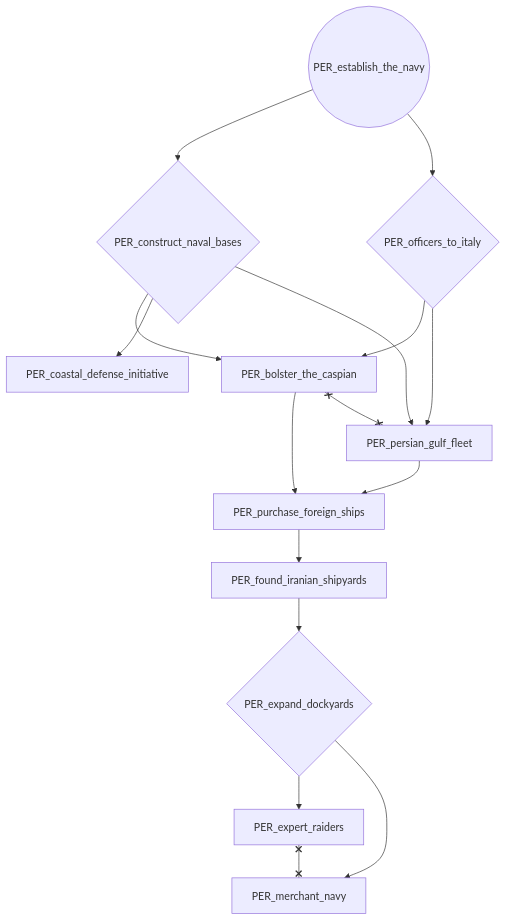
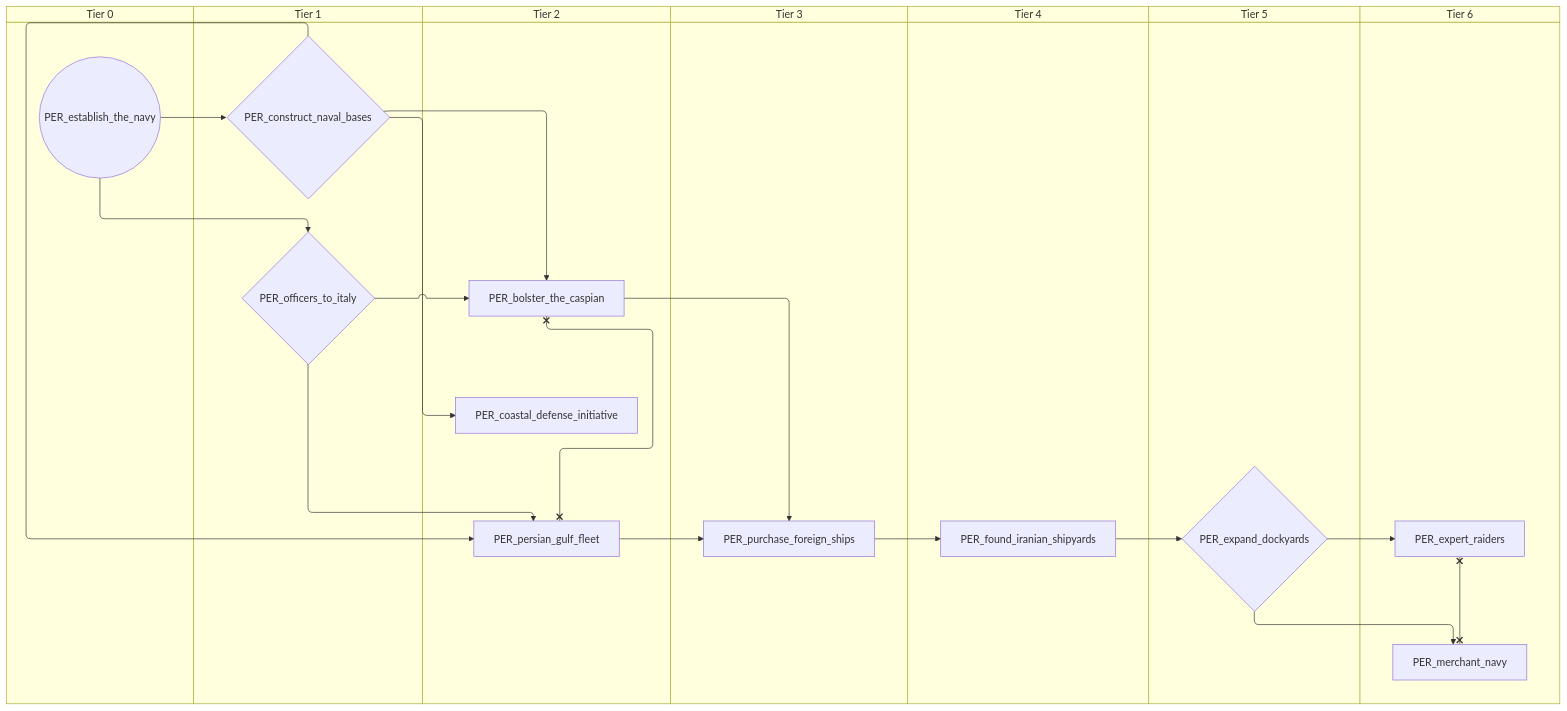
One commit to evgeny-sobol/hoi4-sandbox-mode-r56 changed the third of 9 diagrams in docs/gdd/National Focuses/r56/persia.md. Above: the diagram before and after it, drawn with Mermaid. The commit also changed other lines of this file and 423 other files, not shown here.

First line of the commit message:
Re-export Rt56 focus trees as swimlane diagrams

````diff
--- a/docs/gdd/National Focuses/r56/persia.md
+++ b/docs/gdd/National Focuses/r56/persia.md
@@ -93,29 +119,43 @@
 ```mermaid
-flowchart TD
-    n32["PER_bolster_the_caspian"]
-    n33["PER_coastal_defense_initiative"]
-    n34{"PER_construct_naval_bases"}
-    n35(("PER_establish_the_navy"))
-    n36{"PER_expand_dockyards"}
-    n37["PER_expert_raiders"]
-    n38["PER_found_iranian_shipyards"]
-    n39["PER_merchant_navy"]
-    n40{"PER_officers_to_italy"}
-    n41["PER_persian_gulf_fleet"]
-    n42["PER_purchase_foreign_ships"]
-    n34 --> n32
-    n40 --> n32
-    n34 --> n33
-    n35 --> n34
-    n38 --> n36
-    n36 --> n37
-    n42 --> n38
-    n36 --> n39
-    n35 --> n40
+swimlane-beta TD
+    subgraph tier_0["Tier 0"]
+        n32(("PER_establish_the_navy"))
+    end
+    subgraph tier_1["Tier 1"]
+        n33{"PER_construct_naval_bases"}
+        n34{"PER_officers_to_italy"}
+    end
+    subgraph tier_2["Tier 2"]
+        n35["PER_bolster_the_caspian"]
+        n36["PER_coastal_defense_initiative"]
+        n37["PER_persian_gulf_fleet"]
+    end
+    subgraph tier_3["Tier 3"]
+        n38["PER_purchase_foreign_ships"]
+    end
+    subgraph tier_4["Tier 4"]
+        n39["PER_found_iranian_shipyards"]
+    end
+    subgraph tier_5["Tier 5"]
+        n40{"PER_expand_dockyards"}
+    end
+    subgraph tier_6["Tier 6"]
+        n41["PER_expert_raiders"]
+        n42["PER_merchant_navy"]
+    end
+    n33 --> n35
+    n34 --> n35
+    n33 --> n36
+    n32 --> n33
+    n39 --> n40
     n40 --> n41
-    n34 --> n41
-    n32 --> n42
-    n41 --> n42
-    n32 x--x n41
-    n37 x--x n39
+    n38 --> n39
+    n40 --> n42
+    n32 --> n34
+    n34 --> n37
+    n33 --> n37
+    n35 --> n38
+    n37 --> n38
+    n35 x--x n37
+    n41 x--x n42
 ```
````
